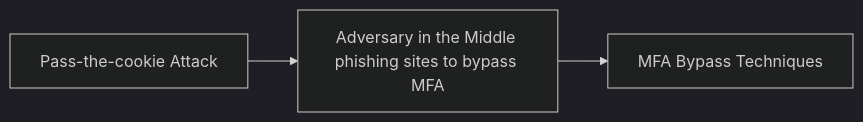
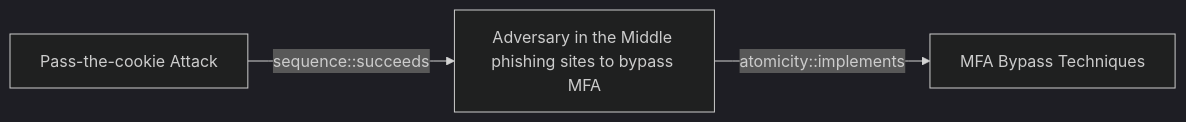
The diagram in docs/threats/pass-the-cookie-attack.md (opentidehq/library), drawn with Mermaid (dark theme) before and after one commit. The commit also changed other lines of this file and 277 other files, not shown here.

````diff
--- a/docs/threats/pass-the-cookie-attack.md
+++ b/docs/threats/pass-the-cookie-attack.md
@@ -38,8 +83,8 @@
 ```mermaid
 flowchart LR
 b0d6bf74_b204_4a48_9509_4499ed795771["Pass-the-cookie Attack"]
 66aafb61_9a46_4287_8b40_4785b42b77a3["Adversary in the Middle phishing sites to bypass MFA"]
 4a807ac4_f764_41b1_ae6f_94239041d349["MFA Bypass Techniques"]
-b0d6bf74_b204_4a48_9509_4499ed795771 --> 66aafb61_9a46_4287_8b40_4785b42b77a3
-66aafb61_9a46_4287_8b40_4785b42b77a3 --> 4a807ac4_f764_41b1_ae6f_94239041d349
+b0d6bf74_b204_4a48_9509_4499ed795771 -->|sequence::succeeds| 66aafb61_9a46_4287_8b40_4785b42b77a3
+66aafb61_9a46_4287_8b40_4785b42b77a3 -->|atomicity::implements| 4a807ac4_f764_41b1_ae6f_94239041d349
 ```
````
